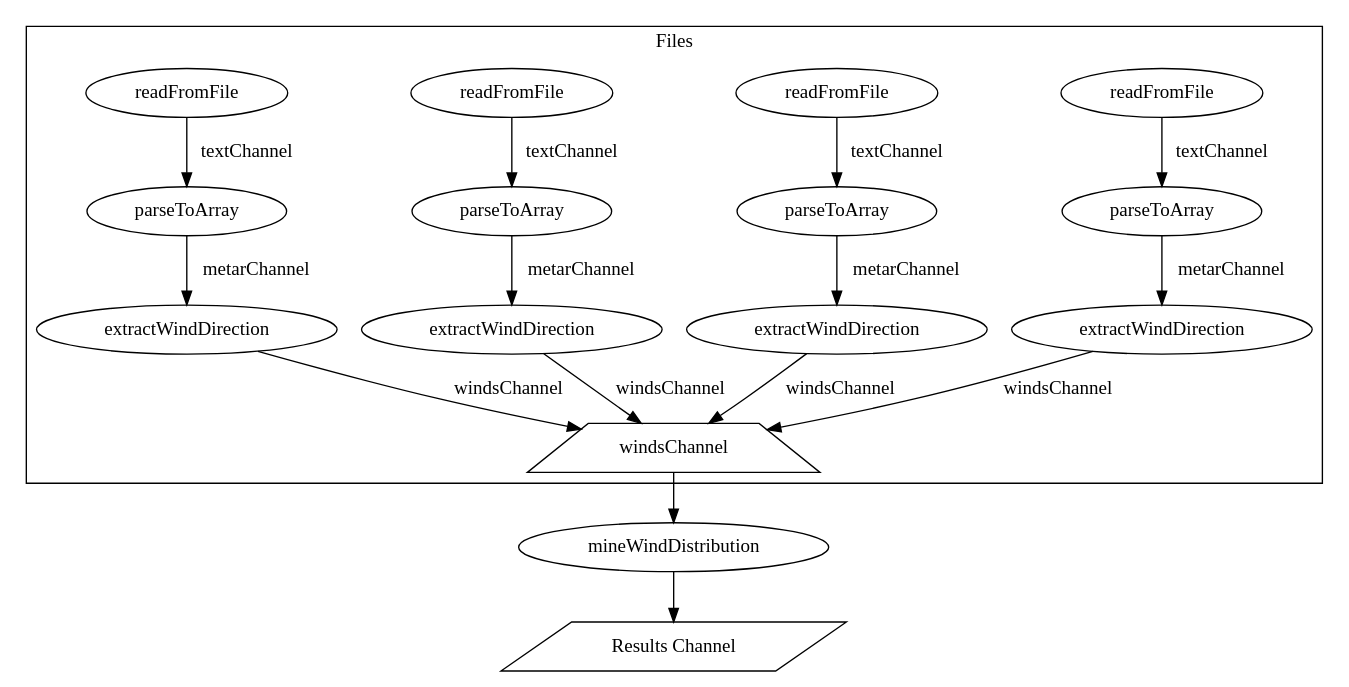
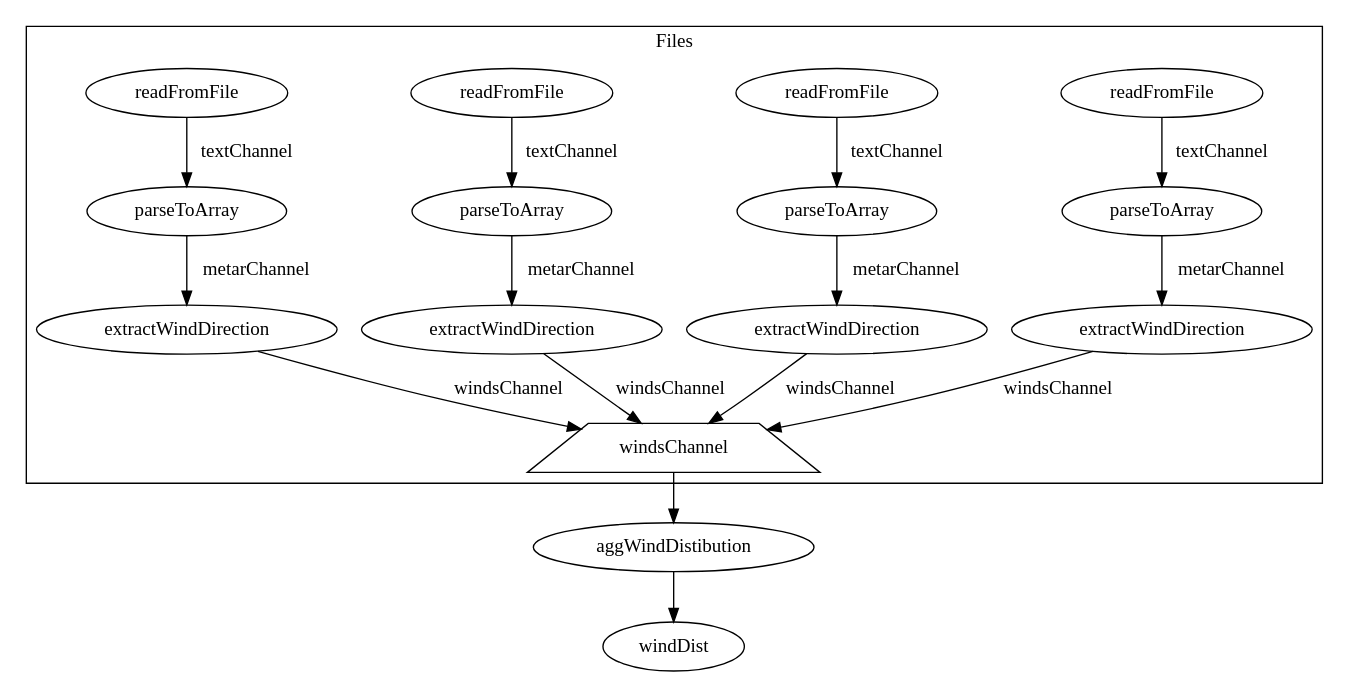
Before and after one commit to mzdehbashi-github/go-snippets: the diagram in countWinds/executionvisualizationGraphiz.gv, drawn with Graphviz. The commit also changed 3 other files, not shown here.

```diff
--- a/countWinds/executionvisualizationGraphiz.gv
+++ b/countWinds/executionvisualizationGraphiz.gv
@@ -1,38 +1,37 @@
 digraph G {
     subgraph cluster_files {
         label = "Files";
 
         readFromFile1 -> parseToArray1 [label="textChannel"];
         parseToArray1 -> extractWindDirection1 [label="metarChannel"];
         extractWindDirection1 -> windsChannel [label="windsChannel"];
 
         readFromFile2 -> parseToArray2 [label="textChannel"];
         parseToArray2 -> extractWindDirection2 [label="metarChannel"];
         extractWindDirection2 -> windsChannel [label="windsChannel"];
 
         readFromFile3 -> parseToArray3 [label="textChannel"];
         parseToArray3 -> extractWindDirection3 [label="metarChannel"];
         extractWindDirection3 -> windsChannel [label="windsChannel"];
 
         readFromFile4 -> parseToArray4 [label="textChannel"];
         parseToArray4 -> extractWindDirection4 [label="metarChannel"];
         extractWindDirection4 -> windsChannel [label="windsChannel"];
     }
 
-    windsChannel -> mineWindDistribution -> ResultsChannel;
+    windsChannel -> aggWindDistibution -> windDist;
 
-    ResultsChannel [label="Results Channel" shape=parallelogram];
     windsChannel [label="windsChannel" shape=trapezium];
     readFromFile1 [label="readFromFile"];
     readFromFile2 [label="readFromFile"];
     readFromFile3 [label="readFromFile"];
     readFromFile4 [label="readFromFile"];
     parseToArray1 [label="parseToArray"];
     parseToArray2 [label="parseToArray"];
     parseToArray3 [label="parseToArray"];
     parseToArray4 [label="parseToArray"];
     extractWindDirection1 [label="extractWindDirection"];
     extractWindDirection2 [label="extractWindDirection"];
     extractWindDirection3 [label="extractWindDirection"];
     extractWindDirection4 [label="extractWindDirection"];
 }
```
